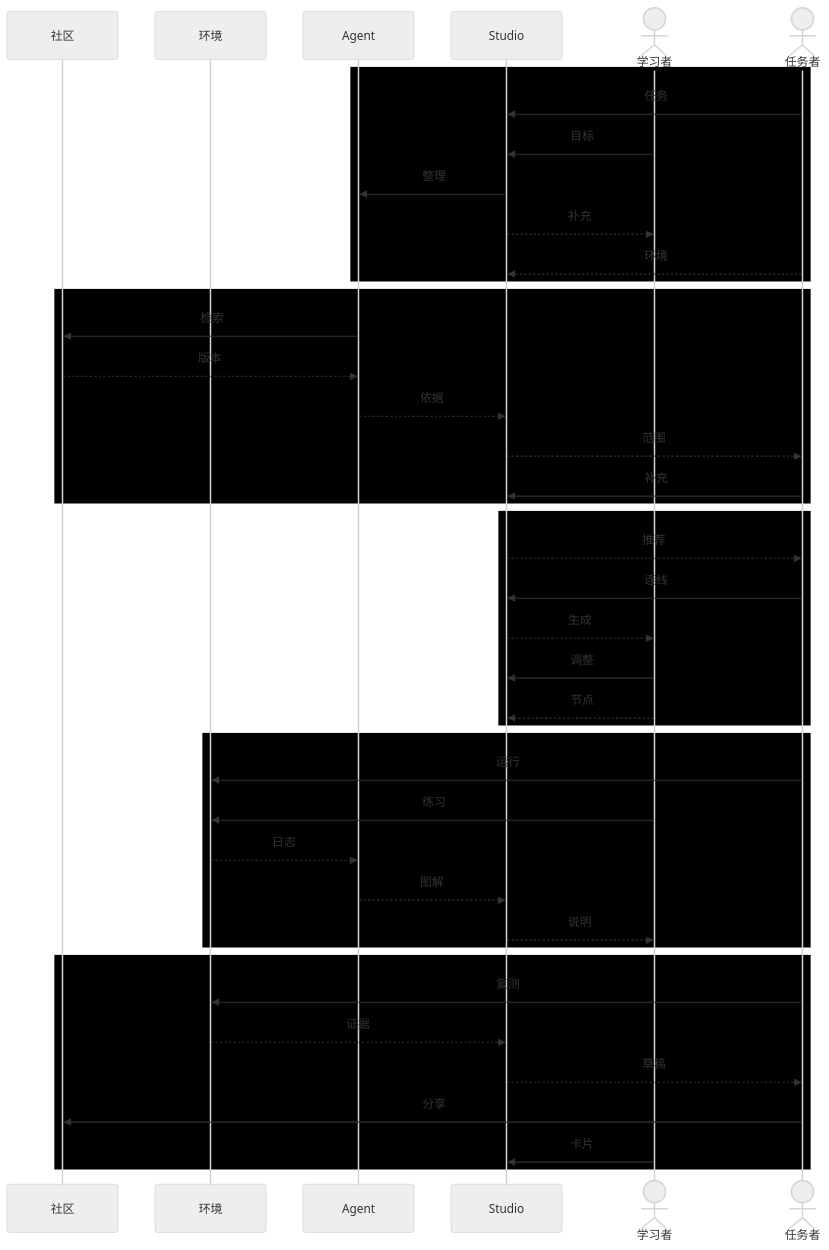
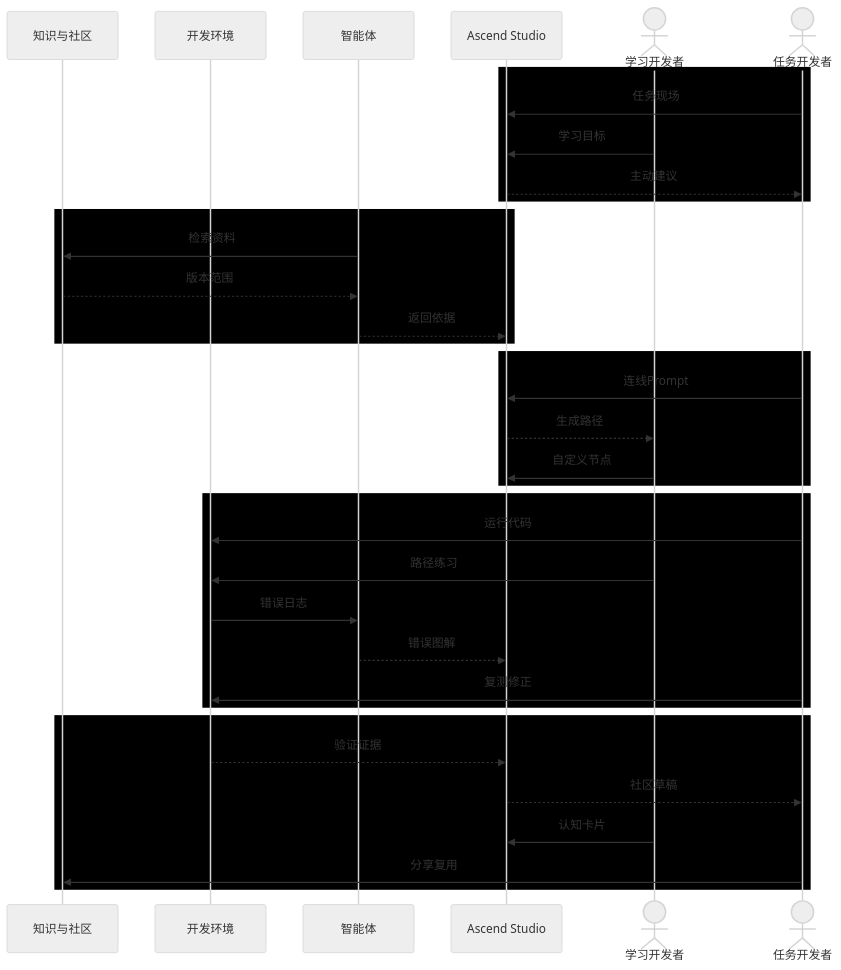
Before and after one commit to SchihHsin/AscendCANN: the diagram in cann-dashboard/ascend-studio-design-report-evidence/journey-sequence.mmd, drawn with Mermaid (neutral theme). The commit also changed 9 other files, not shown here.

Commit message:
feat: unify Ascend Studio journey sequence

```diff
--- a/cann-dashboard/ascend-studio-design-report-evidence/journey-sequence.mmd
+++ b/cann-dashboard/ascend-studio-design-report-evidence/journey-sequence.mmd
@@ -1,47 +1,40 @@
 sequenceDiagram
-    participant K as 社区
-    participant E as 环境
-    participant A as Agent
-    participant S as Studio
-    actor L as 学习者
-    actor T as 任务者
+    participant K as 知识与社区
+    participant E as 开发环境
+    participant A as 智能体
+    participant S as Ascend Studio
+    actor L as 学习开发者
+    actor T as 任务开发者
 
-    rect 01 目标与现场
-      T->>S: 任务
-      L->>S: 目标
-      S->>A: 整理
-      S-->>L: 补充
-      T-->>S: 环境
+    rect 01 认知起步
+      T->>S: 任务现场
+      L->>S: 学习目标
+      S-->>T: 主动建议
     end
 
-    rect 02 搜索与取回
-      A->>K: 检索
-      K-->>A: 版本
-      A-->>S: 依据
-      S-->>T: 范围
-      T->>S: 补充
+    rect 02 找线索
+      A->>K: 检索资料
+      K-->>A: 版本范围
+      A-->>S: 返回依据
     end
 
-    rect 03 生成可行动起点
-      S-->>T: 推荐
-      T->>S: 连线
-      S-->>L: 生成
-      L->>S: 调整
-      L-->>S: 节点
+    rect 03 形成方向
+      T->>S: 连线Prompt
+      S-->>L: 生成路径
+      L->>S: 自定义节点
     end
 
-    rect 04 判断与理解
-      T->>E: 运行
-      L->>E: 练习
-      E-->>A: 日志
-      A-->>S: 图解
-      S-->>L: 说明
+    rect 04 实践与理解
+      T->>E: 运行代码
+      L->>E: 路径练习
+      E->>A: 错误日志
+      A-->>S: 错误图解
+      T->>E: 复测修正
     end
 
-    rect 05 执行与留存
-      T->>E: 复测
-      E-->>S: 证据
-      S-->>T: 草稿
-      T->>K: 分享
-      L->>S: 卡片
+    rect 05 经验沉淀
+      E-->>S: 验证证据
+      S-->>T: 社区草稿
+      L->>S: 认知卡片
+      T->>K: 分享复用
     end
```
